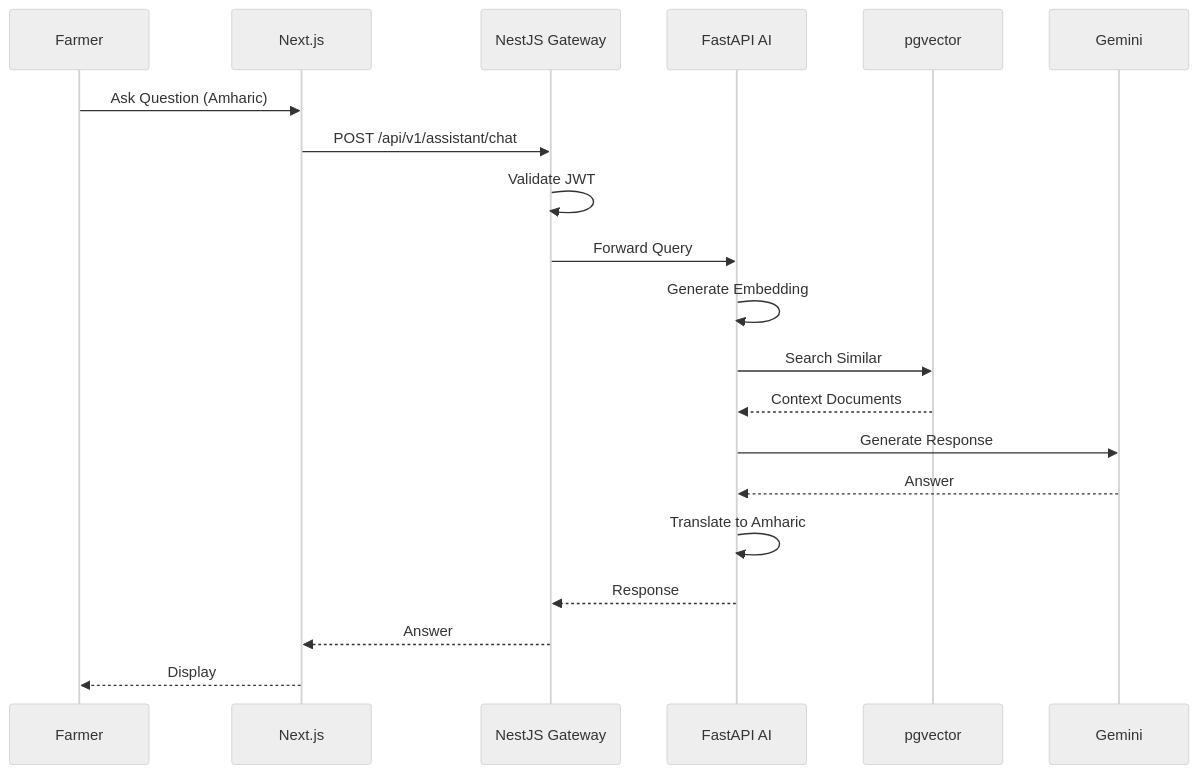
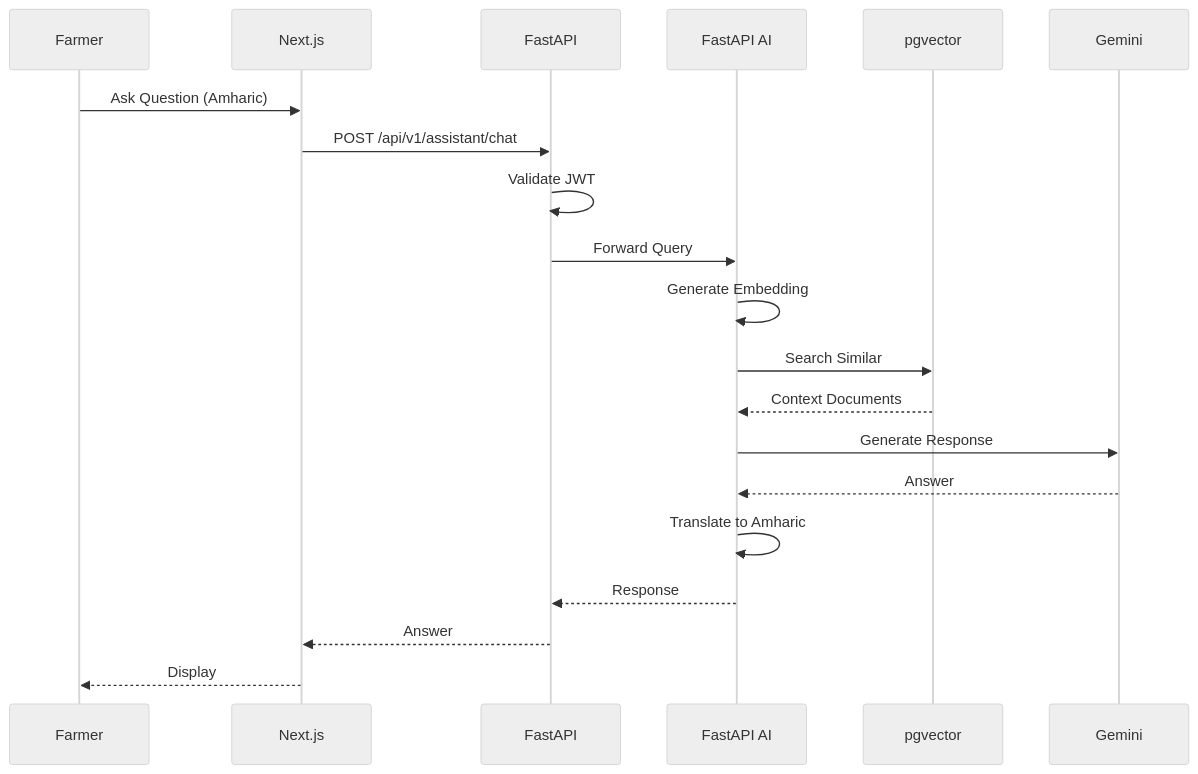
Before and after one commit to TsegayIS122123/agronexus-ai: the fifth of 6 diagrams in README.md, drawn with Mermaid (neutral theme). The commit also changed other lines of this file and 10 other files, not shown here.

````diff
--- a/README.md
+++ b/README.md
@@ -374,23 +232,23 @@
 ```mermaid
 sequenceDiagram
     participant Farmer
     participant Frontend as Next.js
-    participant Gateway as NestJS Gateway
+    participant API as FastAPI
     participant AI as FastAPI AI
     participant Vector as pgvector
     participant LLM as Gemini
 
     Farmer->>Frontend: Ask Question (Amharic)
-    Frontend->>Gateway: POST /api/v1/assistant/chat
-    Gateway->>Gateway: Validate JWT
-    Gateway->>AI: Forward Query
+    Frontend->>API: POST /api/v1/assistant/chat
+    API->>API: Validate JWT
+    API->>AI: Forward Query
     AI->>AI: Generate Embedding
     AI->>Vector: Search Similar
     Vector-->>AI: Context Documents
     AI->>LLM: Generate Response
     LLM-->>AI: Answer
     AI->>AI: Translate to Amharic
-    AI-->>Gateway: Response
-    Gateway-->>Frontend: Answer
+    AI-->>API: Response
+    API-->>Frontend: Answer
     Frontend-->>Farmer: Display
 ```
````
